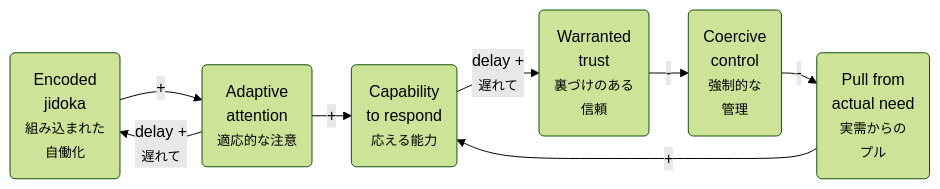
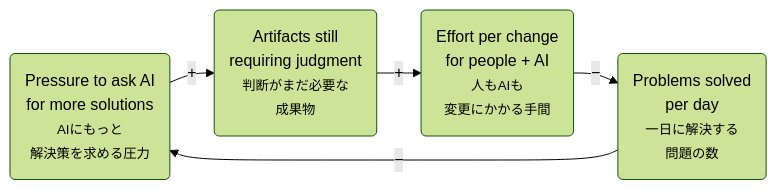
The second of 3 diagrams in slides/tps-and-ai/slides.md (terryyin/terry-talks), drawn with Mermaid (forest theme) before and after one commit. The commit also changed other lines of this file and 8 other files, not shown here.

````diff
--- a/slides/tps-and-ai/slides.md
+++ b/slides/tps-and-ai/slides.md
@@ -967,18 +232,14 @@
-```mermaid {scale: 0.75}
-%%{init: {'flowchart': {'rankSpacing': 30, 'nodeSpacing': 25}}}%%
+```mermaid {scale: 1.1}
+%%{init: {'flowchart': {'rankSpacing': 35, 'nodeSpacing': 28}}}%%
 flowchart LR
-  EJ(Encoded<br>jidoka<br><small>組み込まれた<br>自働化</small>)
-  AA(Adaptive<br>attention<br><small>適応的な注意</small>)
-  CAP(Capability<br>to respond<br><small>応える能力</small>)
-  WT(Warranted<br>trust<br><small>裏づけのある<br>信頼</small>)
-  CC(Coercive<br>control<br><small>強制的な<br>管理</small>)
-  PULL(Pull from<br>actual need<br><small>実需からの<br>プル</small>)
+  AI(Pressure to ask AI<br>for more solutions<br><small>AIにもっと<br>解決策を求める圧力</small>)
+  INV(Artifacts still<br>requiring judgment<br><small>判断がまだ必要な<br>成果物</small>)
+  EFF(Effort per change<br>for people + AI<br><small>人もAIも<br>変更にかかる手間</small>)
+  DONE(Problems solved<br>per day<br><small>一日に解決する<br>問題の数</small>)
 
-  EJ -->|"+"| AA
-  AA -->|"delay +<br><small>遅れて</small>"| EJ
-  AA -->|"+"| CAP
-  CAP -->|"delay +<br><small>遅れて</small>"| WT
-  WT -->|"-"| CC
-  CC -->|"-"| PULL
-  PULL -->|"+"| CAP
+  AI -->|"+"| INV
+  INV -->|"+"| EFF
+  EFF -->|"−"| DONE
+  DONE -->|"−"| AI
+  class AI accent
 ```
````
